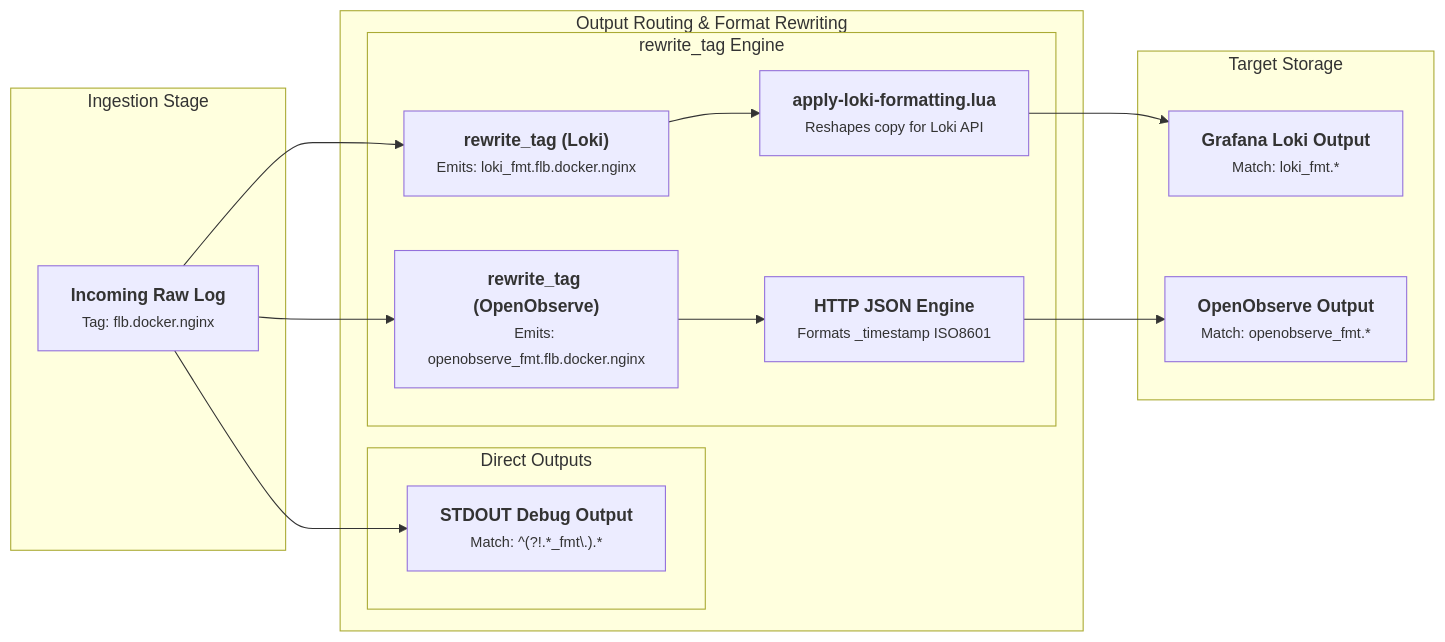
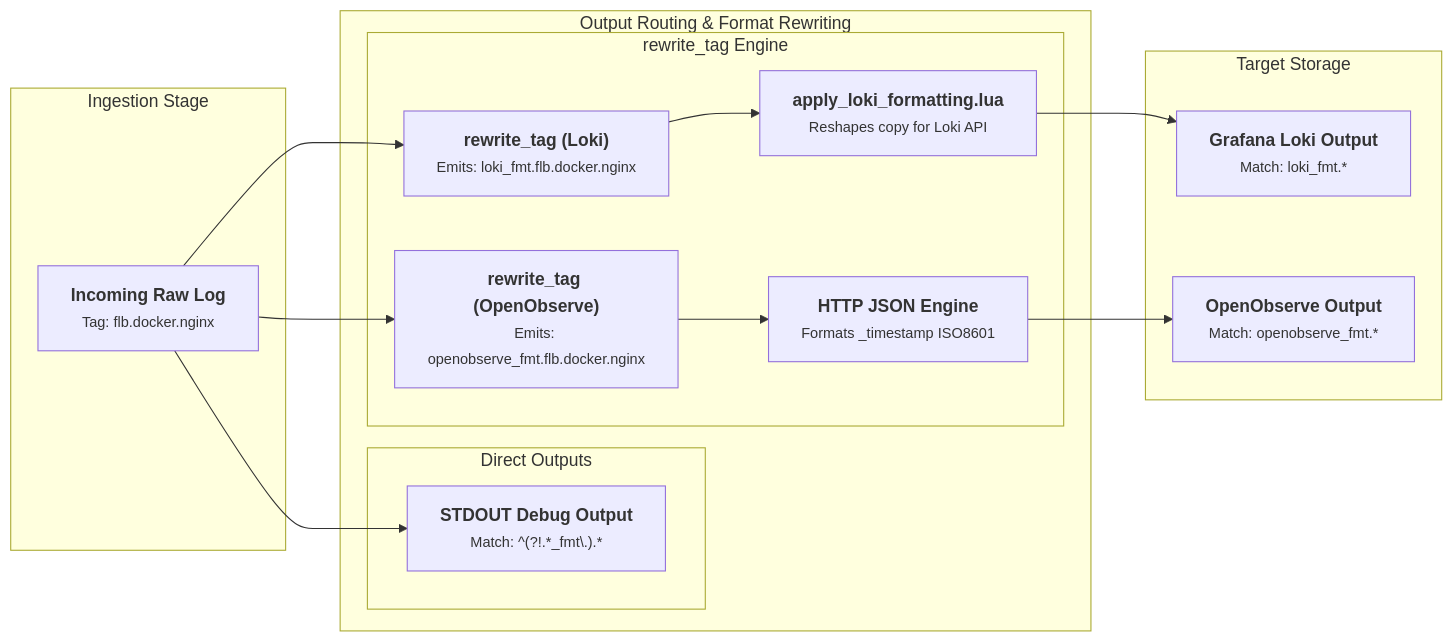
One commit to Josh5/fluent-bit-router changed the first of 2 diagrams in docs/routing-and-forwarding.md. Above: the diagram before and after it, drawn with Mermaid. The commit also changed other lines of this file and 22 other files, not shown here.

````diff
--- a/docs/routing-and-forwarding.md
+++ b/docs/routing-and-forwarding.md
@@ -45,43 +51,43 @@
 ```mermaid
 flowchart LR
     %% TOP BLOCK: INGESTION STAGE
     subgraph InputStage [Ingestion Stage]
         A["<b>Incoming Raw Log</b><br><small>Tag: flb.docker.nginx</small>"]
     end
 
     %% Drop down connection to output routing
     A --> B
 
     %% MIDDLE BLOCK: ROUTING PIPELINE
     subgraph RoutingPipeline [Output Routing & Format Rewriting]
         subgraph DirectOutput [Direct Outputs]
             B["<b>STDOUT Debug Output</b><br><small>Match: ^(?!.*_fmt\.).*</small>"]
         end
 
         subgraph RewriteEngine [rewrite_tag Engine]
             C["<b>rewrite_tag (Loki)</b><br><small>Emits: loki_fmt.flb.docker.nginx</small>"]
-            --> D["<b>apply-loki-formatting.lua</b><br><small>Reshapes copy for Loki API</small>"]
+            --> D["<b>apply_loki_formatting.lua</b><br><small>Reshapes copy for Loki API</small>"]
 
             E["<b>rewrite_tag (OpenObserve)</b><br><small>Emits: openobserve_fmt.flb.docker.nginx</small>"]
             --> F["<b>HTTP JSON Engine</b><br><small>Formats _timestamp ISO8601</small>"]
         end
     end
 
     %% Drop down connection to storage
     D --> G
     F --> H
 
     %% BOTTOM BLOCK: TARGET STORAGE STAGE
     subgraph StorageStage [Target Storage]
         G["<b>Grafana Loki Output</b><br><small>Match: loki_fmt.*</small>"]
         H["<b>OpenObserve Output</b><br><small>Match: openobserve_fmt.*</small>"]
     end
 
     %% Direct connections
     A --> C
     A --> E
 
     %% Structural layout constraints
     InputStage ~~~ RoutingPipeline
     RoutingPipeline ~~~ StorageStage
 ```
````
